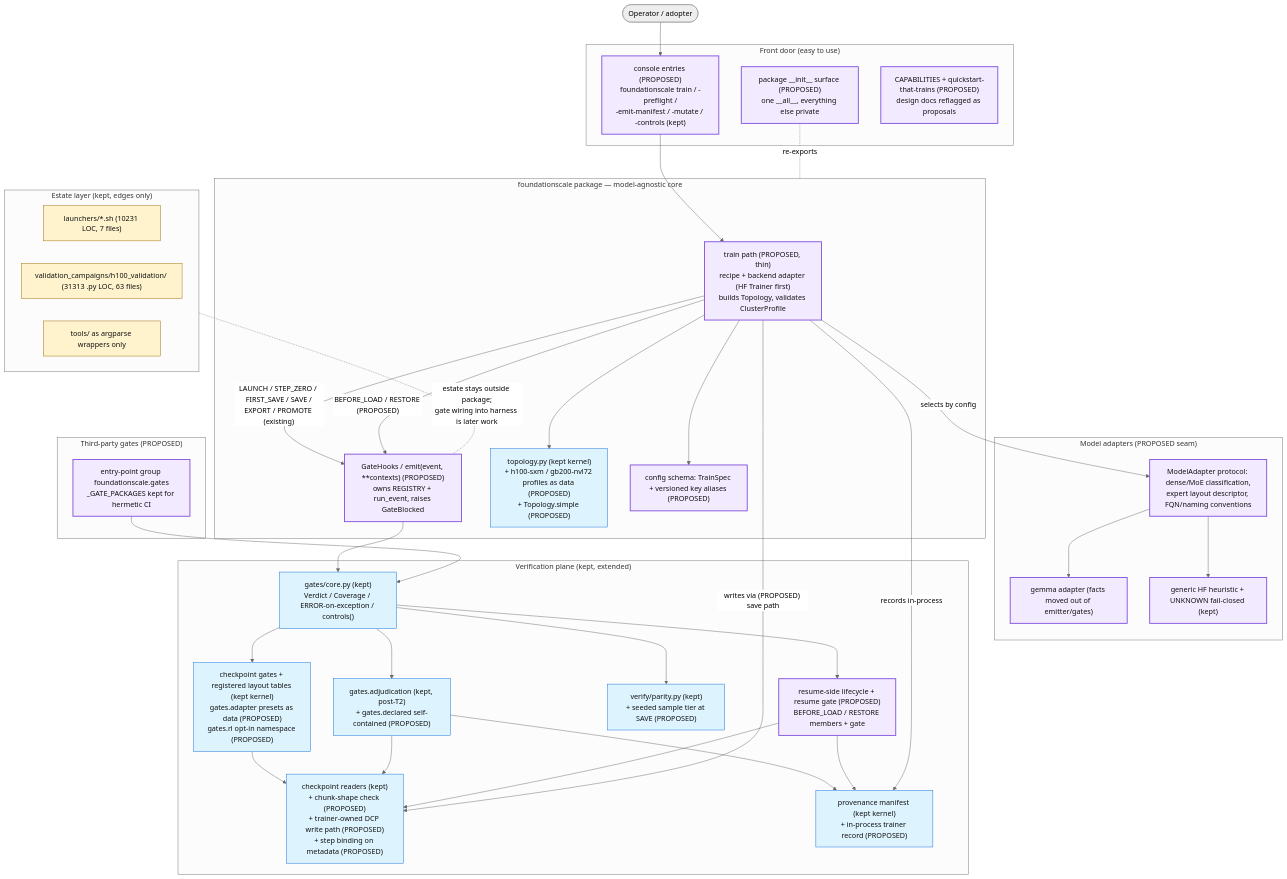
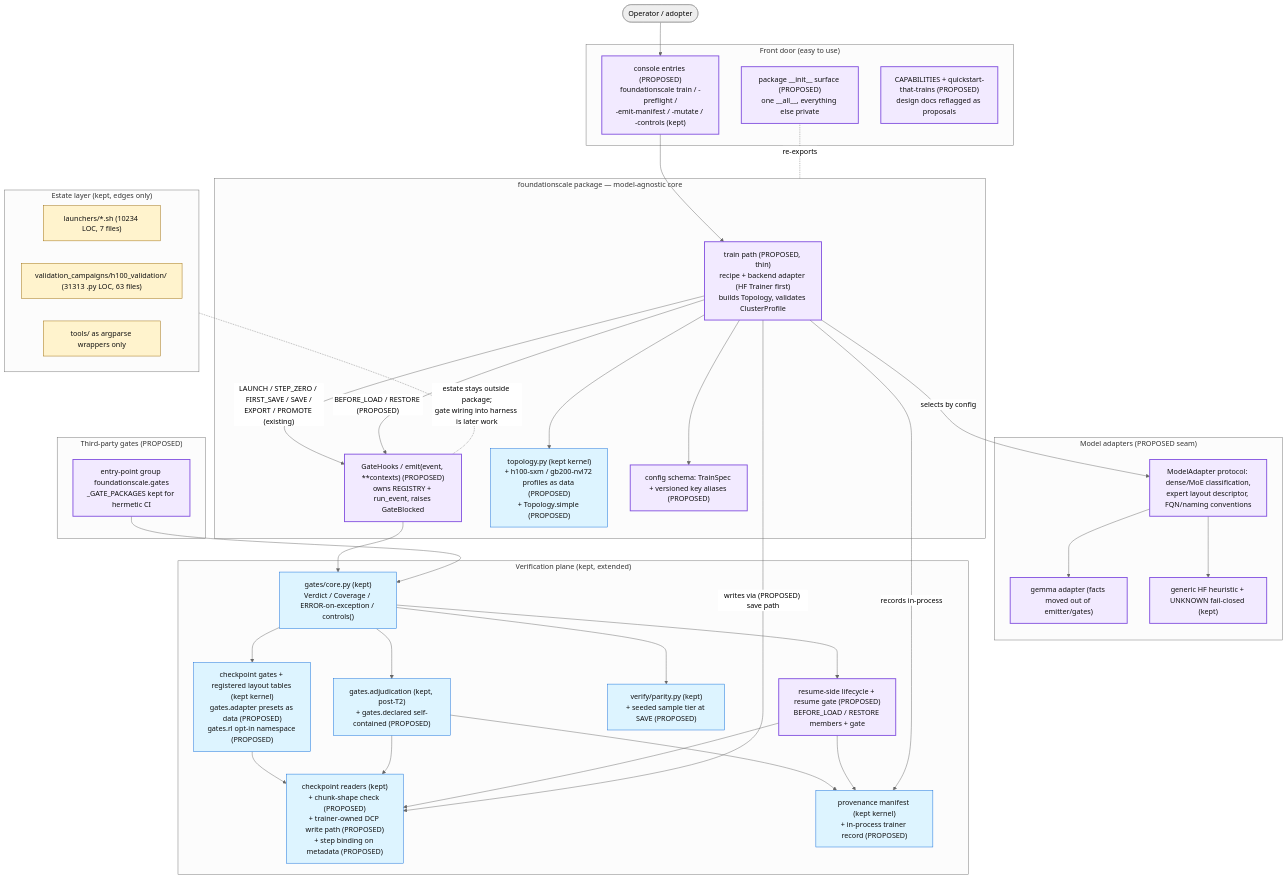
Before and after one commit to TranNhiem/FoundationScale: the diagram in docs/review/D5_proposed_architecture.md, drawn with Mermaid (neutral theme). The commit also changed other lines of this file and 88 other files, not shown here.

````diff
--- a/docs/review/D5_proposed_architecture.md
+++ b/docs/review/D5_proposed_architecture.md
@@ -13,74 +13,74 @@
 ```mermaid
 flowchart TB
   U(["Operator / adopter"])
 
   subgraph FRONT["Front door (easy to use)"]
     CLI["console entries (PROPOSED)<br/>foundationscale train / -preflight /<br/>-emit-manifest / -mutate / -controls (kept)"]
     SURF["package __init__ surface (PROPOSED)<br/>one __all__, everything else private"]
     DOCS["CAPABILITIES + quickstart-that-trains (PROPOSED)<br/>design docs reflagged as proposals"]
   end
 
   subgraph CORE["foundationscale package — model-agnostic core"]
     TRAIN["train path (PROPOSED, thin)<br/>recipe + backend adapter (HF Trainer first)<br/>builds Topology, validates ClusterProfile"]
     HOOKS["GateHooks / emit(event, **contexts) (PROPOSED)<br/>owns REGISTRY + run_event, raises GateBlocked"]
     TOPO["topology.py (kept kernel)<br/>+ h100-sxm / gb200-nvl72 profiles as data (PROPOSED)<br/>+ Topology.simple (PROPOSED)"]
     CONFIG["config schema: TrainSpec + versioned key aliases (PROPOSED)"]
   end
 
   subgraph ADAPT["Model adapters (PROPOSED seam)"]
     MA["ModelAdapter protocol: dense/MoE classification,<br/>expert layout descriptor, FQN/naming conventions"]
     GEM["gemma adapter (facts moved out of emitter/gates)"]
     HF["generic HF heuristic + UNKNOWN fail-closed (kept)"]
   end
 
   subgraph VERIFY["Verification plane (kept, extended)"]
     GCORE["gates/core.py (kept)<br/>Verdict / Coverage / ERROR-on-exception / controls()"]
     GCK["checkpoint gates + registered layout tables (kept kernel)<br/>gates.adapter presets as data (PROPOSED)<br/>gates.rl opt-in namespace (PROPOSED)"]
     ADJ["gates.adjudication (kept, post-T2)<br/>+ gates.declared self-contained (PROPOSED)"]
     PAR["verify/parity.py (kept)<br/>+ seeded sample tier at SAVE (PROPOSED)"]
     CKIO["checkpoint readers (kept)<br/>+ chunk-shape check (PROPOSED)<br/>+ trainer-owned DCP write path (PROPOSED)<br/>+ step binding on metadata (PROPOSED)"]
     PROV["provenance manifest (kept kernel)<br/>+ in-process trainer record (PROPOSED)"]
     RES["resume-side lifecycle + resume gate (PROPOSED)<br/>BEFORE_LOAD / RESTORE members + gate"]
   end
 
   subgraph PLUG["Third-party gates (PROPOSED)"]
     EP["entry-point group foundationscale.gates<br/>_GATE_PACKAGES kept for hermetic CI"]
   end
 
   subgraph ESTATE["Estate layer (kept, edges only)"]
-    LAU["launchers/*.sh (10231 LOC, 7 files)"]
+    LAU["launchers/*.sh (10234 LOC, 7 files)"]
     H100["validation_campaigns/h100_validation/ (31313 .py LOC, 63 files)"]
     WRAP["tools/ as argparse wrappers only"]
   end
 
   U --> CLI --> TRAIN
   SURF -. re-exports .- CORE
   TRAIN --> TOPO
   TRAIN --> CONFIG
   TRAIN -- "selects by config" --> MA
   MA --> GEM
   MA --> HF
   TRAIN -- "LAUNCH / STEP_ZERO / FIRST_SAVE / SAVE /<br/>EXPORT / PROMOTE (existing)" --> HOOKS
   TRAIN -- "BEFORE_LOAD / RESTORE (PROPOSED)" --> HOOKS
   HOOKS --> GCORE
   EP --> GCORE
   GCORE --> GCK
   GCORE --> ADJ
   GCORE --> PAR
   GCORE --> RES
   GCK --> CKIO
   ADJ --> CKIO
   ADJ --> PROV
   RES --> CKIO
   RES --> PROV
   TRAIN -- "writes via (PROPOSED) save path" --> CKIO
   TRAIN -- "records in-process" --> PROV
   ESTATE -. "estate stays outside package;<br/>gate wiring into harness is later work" .- HOOKS
 
   classDef new fill:#f2eaff,stroke:#8250df,stroke-width:2px,color:#111;
   classDef kept fill:#ddf4ff,stroke:#0969da,color:#111;
   classDef estate fill:#fff3cd,stroke:#9a6700,color:#111;
   class TRAIN,HOOKS,CLI,SURF,DOCS,MA,GEM,HF,RES,EP,CONFIG new;
   class GCORE,GCK,ADJ,PAR,CKIO,PROV,TOPO kept;
   class LAU,H100,WRAP estate;
 ```
````
